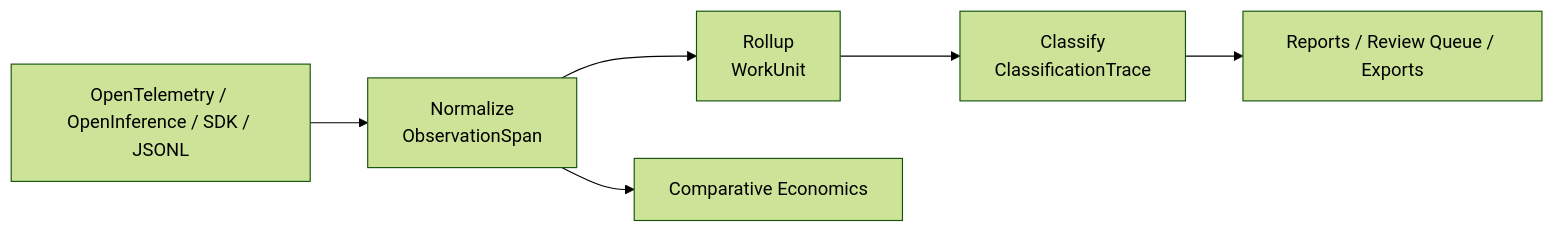
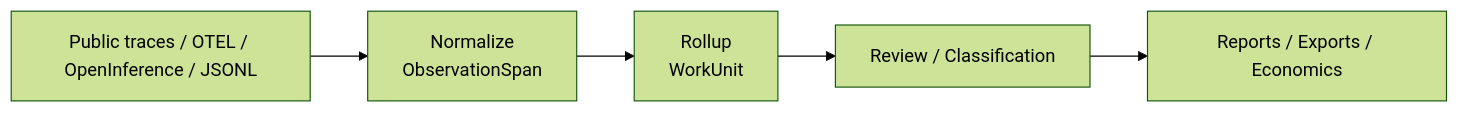
The diagram in docs/how-it-works.md (couscous18/workledger), drawn with Mermaid (forest theme) before and after one commit. The commit also changed other lines of this file and 37 other files, not shown here.

Commit message:
Refocus workledger on public trace-to-work attribution

````diff
--- a/docs/how-it-works.md
+++ b/docs/how-it-works.md
@@ -5,8 +5,7 @@
 ```mermaid
 flowchart LR
-  A["OpenTelemetry / OpenInference / SDK / JSONL"] --> B["Normalize<br/>ObservationSpan"]
+  A["Public traces / OTEL / OpenInference / JSONL"] --> B["Normalize<br/>ObservationSpan"]
   B --> C["Rollup<br/>WorkUnit"]
-  C --> D["Classify<br/>ClassificationTrace"]
-  D --> E["Reports / Review Queue / Exports"]
-  B --> F["Comparative Economics"]
+  C --> D["Review / Classification"]
+  D --> E["Reports / Exports / Economics"]
 ```
````
